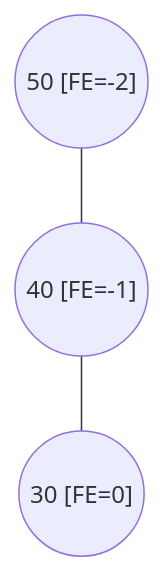
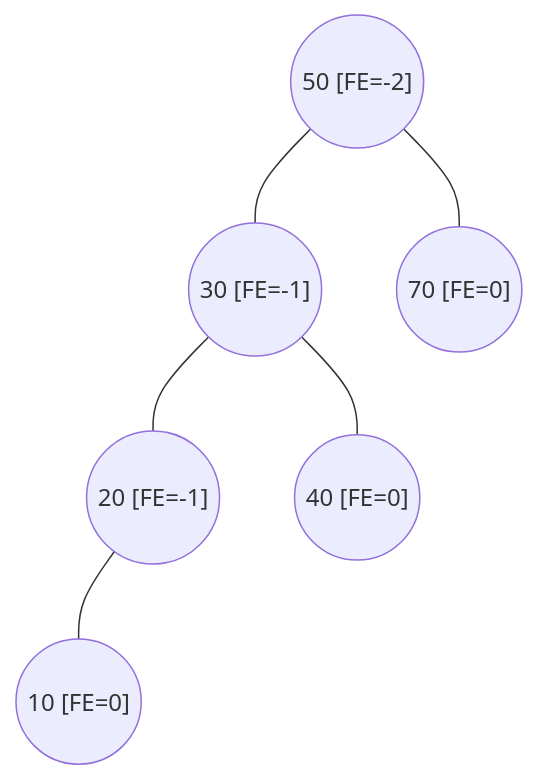
Before and after one commit to frijolitobandido/Guia_Matematica_Discreta: diagram 18 of 34 in 03-arboles.md, drawn with Mermaid. The commit also changed other lines of this file, not shown here.

````diff
--- a/03-arboles.md
+++ b/03-arboles.md
@@ -524,5 +528,11 @@
 ```mermaid
 graph TD
-    e1(("50 [FE=-2]")) --- e2(("40 [FE=-1]"))
-    e2 --- e3(("30 [FE=0]"))
+    e1(("50 [FE=-2]")) --- e2(("30 [FE=-1]"))
+    e1 --- e3(("70 [FE=0]"))
+    e2 --- e4(("20 [FE=-1]"))
+    e2 --- e5(("40 [FE=0]"))
+    e4 --- e6(("10 [FE=0]"))
+    e4 ~~~ sp1(( )):::invisible
+
+    classDef invisible fill:none,stroke:none
 ```
````
